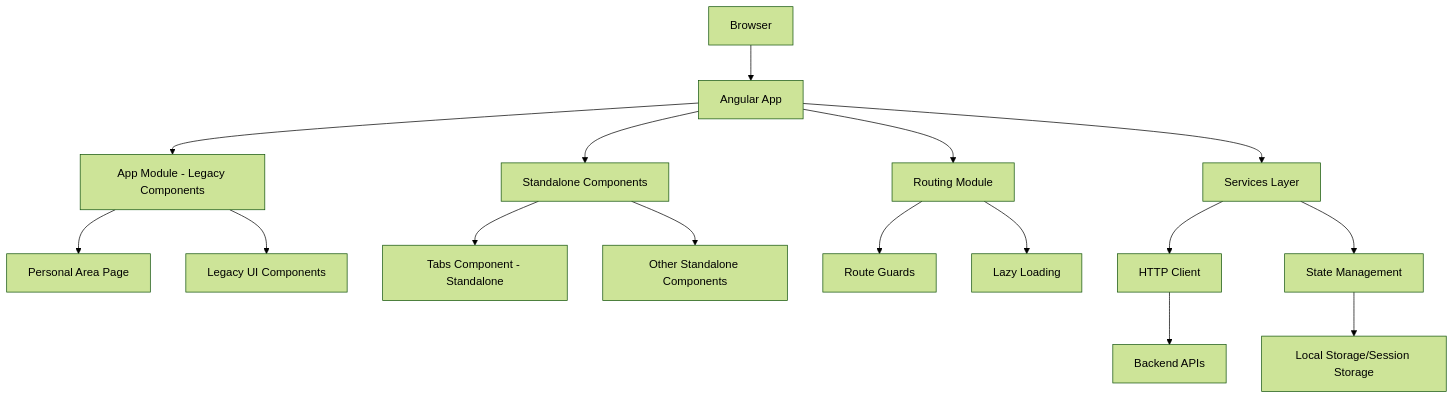
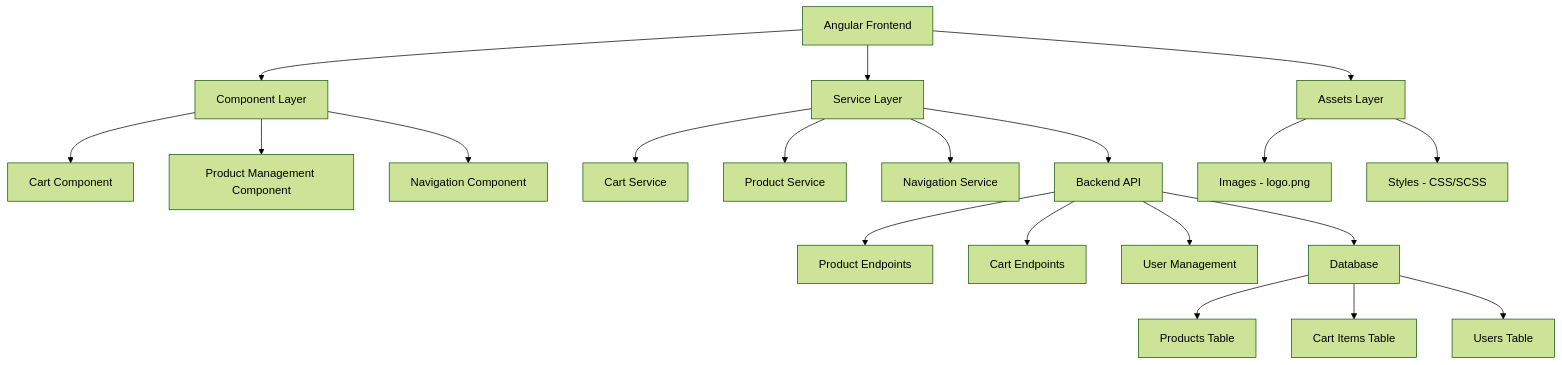
Before and after one commit to luisv-stk/curso-frida-team8: the diagram in curso-frida-team8/frida-case2/.frida-specs/design.md, drawn with Mermaid (forest theme). The commit also changed other lines of this file and 13 other files, not shown here.

Commit message:
personal area page and product management page IN PROGRESS

````diff
--- a/curso-frida-team8/frida-case2/.frida-specs/design.md
+++ b/curso-frida-team8/frida-case2/.frida-specs/design.md
@@ -9,23 +9,26 @@
 ```mermaid
-graph TD
-    A[Browser] --> B[Angular App]
-    B --> C[App Module - Legacy Components]
-    B --> D[Standalone Components]
-    B --> E[Routing Module]
+graph TB
+    A[Angular Frontend] --> B[Component Layer]
+    B --> C[Cart Component]
+    B --> D[Product Management Component]
+    B --> E[Navigation Component]
     
-    C --> F[Personal Area Page]
-    C --> G[Legacy UI Components]
+    A --> F[Service Layer]
+    F --> G[Cart Service]
+    F --> H[Product Service]
+    F --> I[Navigation Service]
     
-    D --> H[Tabs Component - Standalone]
-    D --> I[Other Standalone Components]
+    A --> J[Assets Layer]
+    J --> K[Images - logo.png]
+    J --> L[Styles - CSS/SCSS]
     
-    E --> J[Route Guards]
-    E --> K[Lazy Loading]
+    F --> M[Backend API]
+    M --> N[Product Endpoints]
+    M --> O[Cart Endpoints]
+    M --> P[User Management]
     
-    B --> L[Services Layer]
-    L --> M[HTTP Client]
-    L --> N[State Management]
-    
-    M --> O[Backend APIs]
-    N --> P[Local Storage/Session Storage]
+    M --> Q[Database]
+    Q --> R[Products Table]
+    Q --> S[Cart Items Table]
+    Q --> T[Users Table]
 ```
````
